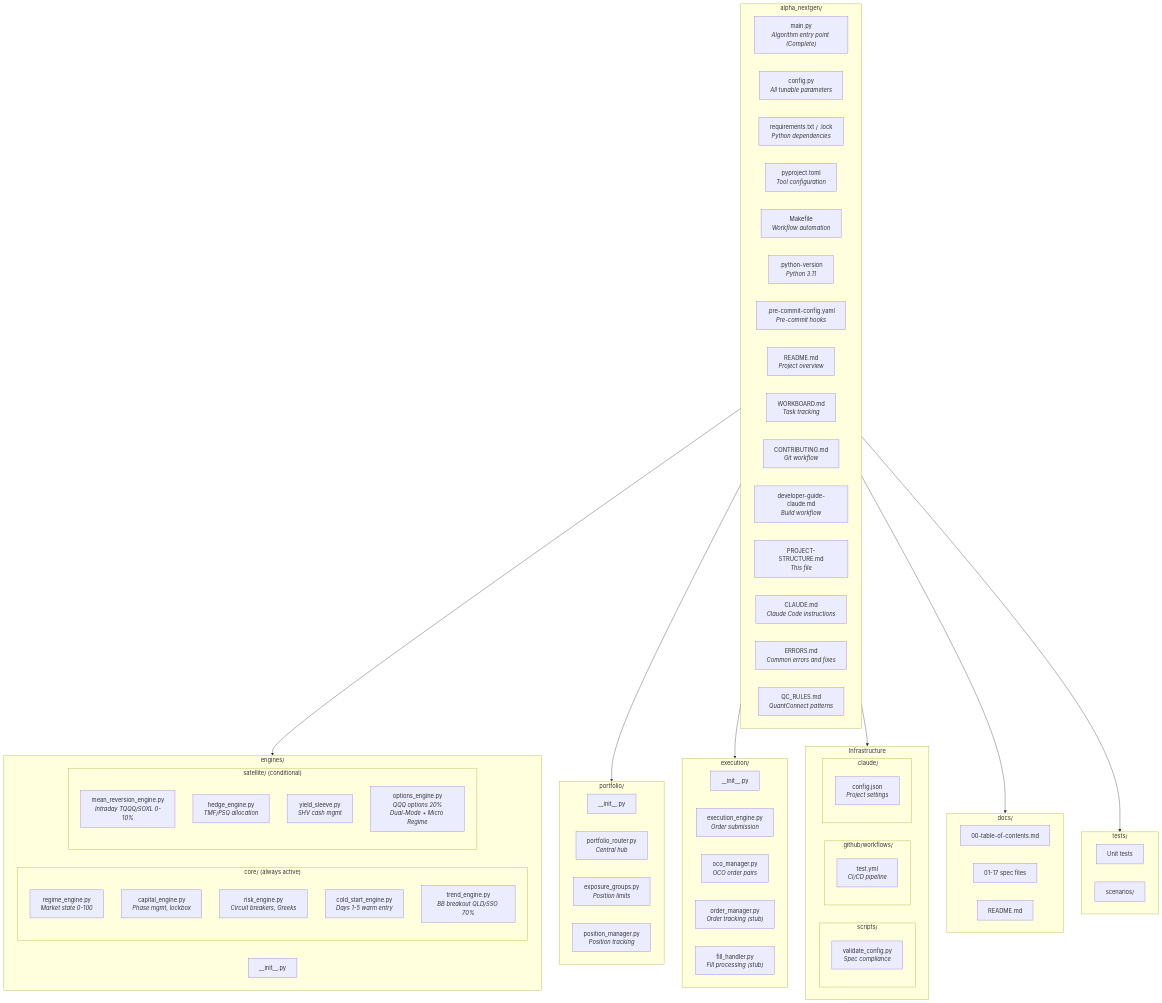
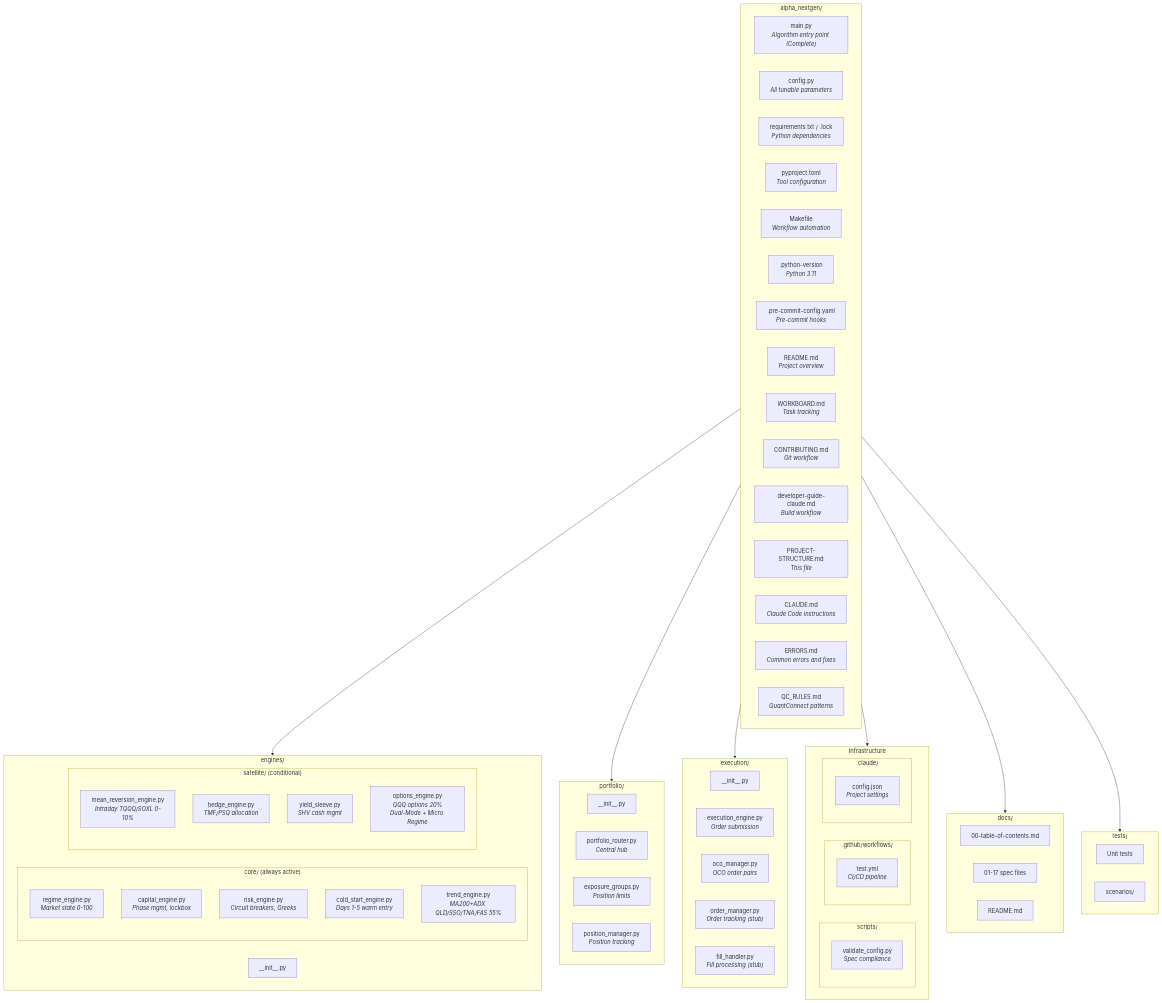
Before and after one commit to vickdavinci/alpha-nextgen-v2-private: the first of 2 diagrams in PROJECT-STRUCTURE.md, drawn with Mermaid. The commit also changed other lines of this file and 1 other file, not shown here.

````diff
--- a/PROJECT-STRUCTURE.md
+++ b/PROJECT-STRUCTURE.md
@@ -10,82 +10,82 @@
 ```mermaid
 flowchart TD
     subgraph ROOT["alpha_nextgen/"]
         MAIN["main.py<br/><i>Algorithm entry point (Complete)</i>"]
         CONFIG["config.py<br/><i>All tunable parameters</i>"]
         REQ["requirements.txt / .lock<br/><i>Python dependencies</i>"]
         PYPROJ["pyproject.toml<br/><i>Tool configuration</i>"]
         MAKEFILE["Makefile<br/><i>Workflow automation</i>"]
         PYVER[".python-version<br/><i>Python 3.11</i>"]
         PRECOMMIT[".pre-commit-config.yaml<br/><i>Pre-commit hooks</i>"]
         README["README.md<br/><i>Project overview</i>"]
         WORKBOARD["WORKBOARD.md<br/><i>Task tracking</i>"]
         CONTRIB["CONTRIBUTING.md<br/><i>Git workflow</i>"]
         DEVGUIDE["developer-guide-claude.md<br/><i>Build workflow</i>"]
         PROJSTRUCT["PROJECT-STRUCTURE.md<br/><i>This file</i>"]
         CLAUDE["CLAUDE.md<br/><i>Claude Code instructions</i>"]
         ERRORS["ERRORS.md<br/><i>Common errors and fixes</i>"]
         QCRULES["QC_RULES.md<br/><i>QuantConnect patterns</i>"]
     end
 
     subgraph ENGINES["engines/"]
         E_INIT["__init__.py"]
         subgraph CORE["core/ (always active)"]
             E_REGIME["regime_engine.py<br/><i>Market state 0-100</i>"]
             E_CAPITAL["capital_engine.py<br/><i>Phase mgmt, lockbox</i>"]
             E_RISK["risk_engine.py<br/><i>Circuit breakers, Greeks</i>"]
             E_COLD["cold_start_engine.py<br/><i>Days 1-5 warm entry</i>"]
-            E_TREND["trend_engine.py<br/><i>BB breakout QLD/SSO 70%</i>"]
+            E_TREND["trend_engine.py<br/><i>MA200+ADX QLD/SSO/TNA/FAS 55%</i>"]
         end
         subgraph SATELLITE["satellite/ (conditional)"]
             E_MR["mean_reversion_engine.py<br/><i>Intraday TQQQ/SOXL 0-10%</i>"]
             E_HEDGE["hedge_engine.py<br/><i>TMF/PSQ allocation</i>"]
             E_YIELD["yield_sleeve.py<br/><i>SHV cash mgmt</i>"]
             E_OPTIONS["options_engine.py<br/><i>QQQ options 20%<br/>Dual-Mode + Micro Regime</i>"]
         end
     end
 
     subgraph PORTFOLIO["portfolio/"]
         P_INIT["__init__.py"]
         P_ROUTER["portfolio_router.py<br/><i>Central hub</i>"]
         P_EXPOSURE["exposure_groups.py<br/><i>Position limits</i>"]
         P_POSITION["position_manager.py<br/><i>Position tracking</i>"]
     end
 
     subgraph EXECUTION["execution/"]
         X_INIT["__init__.py"]
         X_ENGINE["execution_engine.py<br/><i>Order submission</i>"]
         X_OCO["oco_manager.py<br/><i>OCO order pairs</i>"]
         X_ORDER["order_manager.py<br/><i>Order tracking (stub)</i>"]
         X_FILL["fill_handler.py<br/><i>Fill processing (stub)</i>"]
     end
 
     subgraph INFRA["Infrastructure"]
         subgraph SCRIPTS["scripts/"]
             SC_VALID["validate_config.py<br/><i>Spec compliance</i>"]
         end
         subgraph GITHUB[".github/workflows/"]
             GH_TEST["test.yml<br/><i>CI/CD pipeline</i>"]
         end
         subgraph CLAUDEDIR[".claude/"]
             CL_CONFIG["config.json<br/><i>Project settings</i>"]
         end
     end
 
     subgraph DOCS["docs/"]
         DOC_TOC["00-table-of-contents.md"]
         DOC_SPECS["01-17 spec files"]
         DOC_README["README.md"]
     end
 
     subgraph TESTS["tests/"]
         T_UNIT["Unit tests"]
         T_SCENARIOS["scenarios/"]
     end
 
     ROOT --> ENGINES
     ROOT --> PORTFOLIO
     ROOT --> EXECUTION
     ROOT --> INFRA
     ROOT --> DOCS
     ROOT --> TESTS
 ```
````
